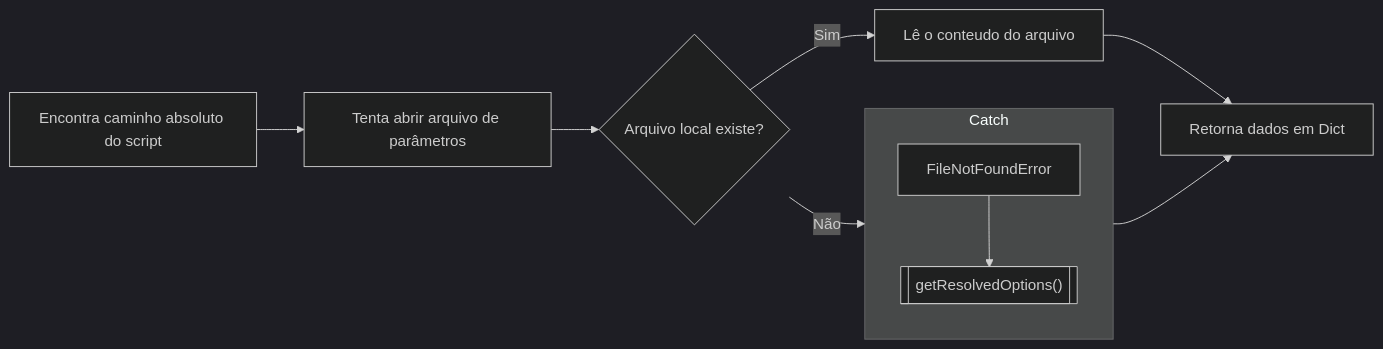
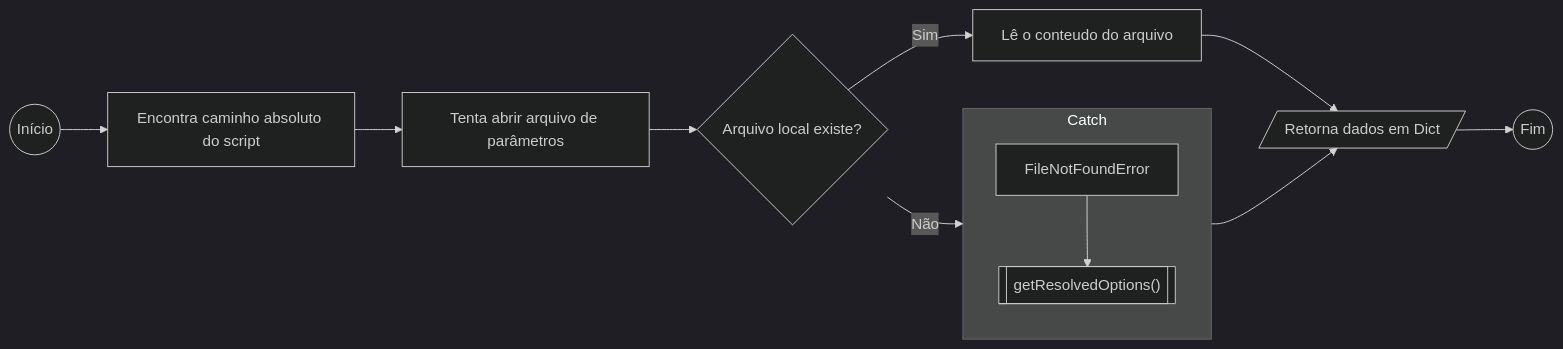
The fourth of 7 diagrams in Sprint 8/Desafios/README.md (GustavCampos/Programa-de-bolsas-Compasso), drawn with Mermaid (dark theme) before and after one commit. The commit also changed other lines of this file and 1 other file, not shown here.

Commit message:
Documentation Update: Flow explanation refactor

````diff
--- a/Sprint 8/Desafios/README.md
+++ b/Sprint 8/Desafios/README.md
@@ -51,20 +170,24 @@
 ```mermaid
 flowchart LR
+    start((Início))
     script_local["Encontra caminho absoluto do script"]
     open_file[Tenta abrir arquivo de parâmetros]
     file_exists{Arquivo local existe?}
     read_json[Lê o conteudo do arquivo]
+    fim((Fim))
 
 
     subgraph Catch
         error[FileNotFoundError] --> call[["getResolvedOptions()"]]
     end
     
+    start --> script_local
     script_local --> open_file
     open_file --> file_exists
     file_exists -- Sim --> read_json
     file_exists -- Não --> Catch
     
-    read_json --> return_dict[Retorna dados em Dict]
+    read_json --> return_dict[/Retorna dados em Dict/]
     Catch --> return_dict
+    return_dict --> fim
 ```
````
